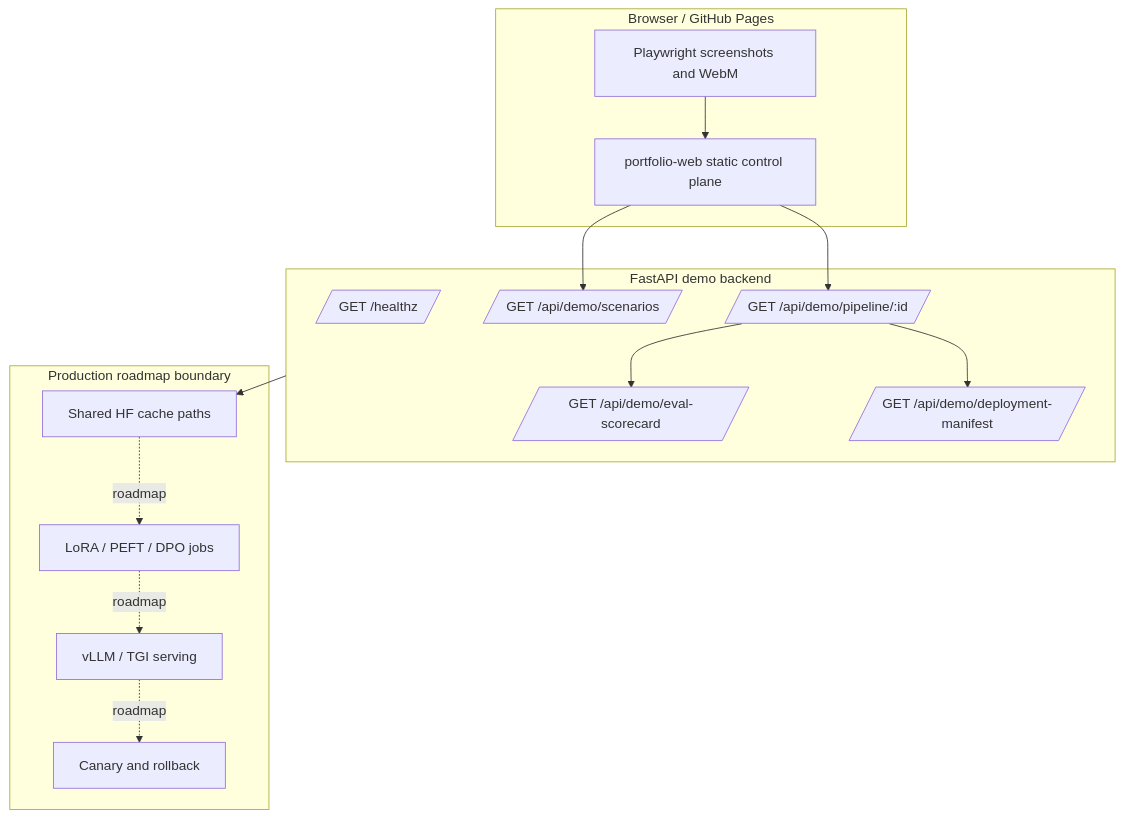
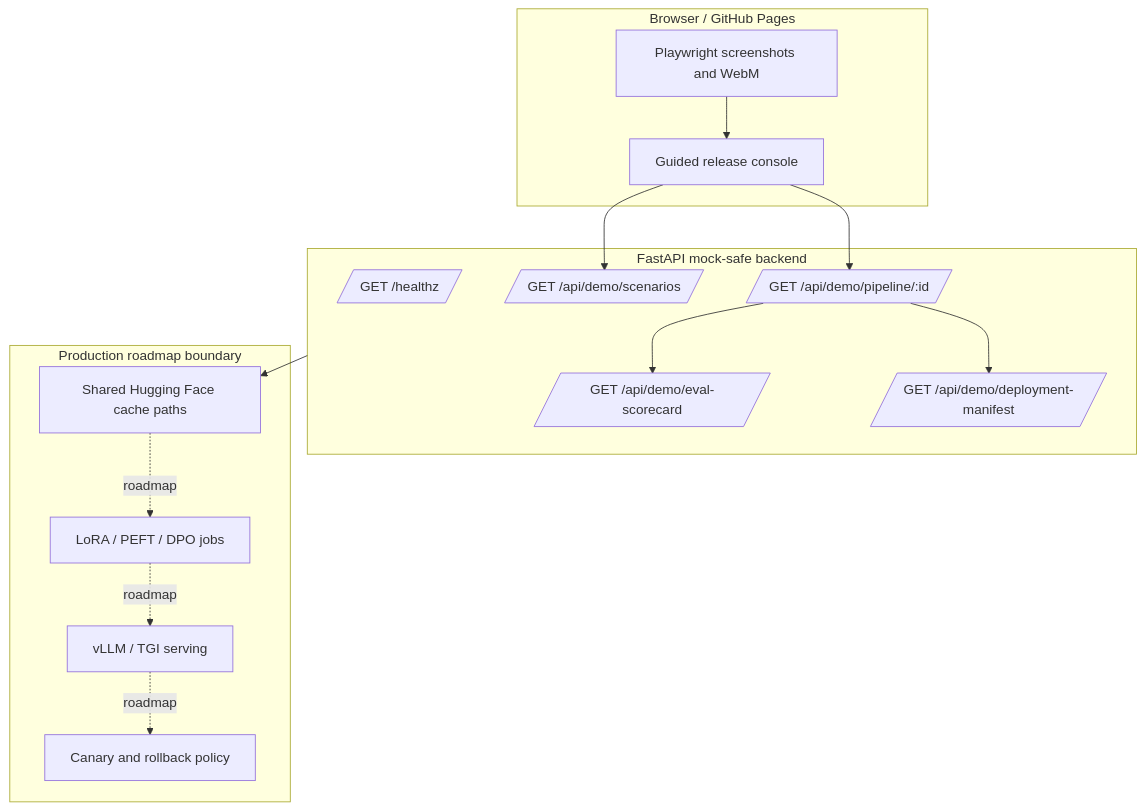
The second of 6 diagrams in README.md (Justin21523/LLM-train-eval-ship), drawn with Mermaid before and after one commit. The commit also changed other lines of this file and 13 other files, not shown here.

Commit message:
Refresh guided release demo

````diff
--- a/README.md
+++ b/README.md
@@ -48,32 +49,32 @@
 ```mermaid
 flowchart TB
   subgraph Browser[Browser / GitHub Pages]
-    UI[portfolio-web static control plane]
+    UI[Guided release console]
     Capture[Playwright screenshots and WebM]
   end
 
-  subgraph API[FastAPI demo backend]
+  subgraph API[FastAPI mock-safe backend]
     Health[/GET /healthz/]
     Scenarios[/GET /api/demo/scenarios/]
     Pipeline[/GET /api/demo/pipeline/:id/]
     Eval[/GET /api/demo/eval-scorecard/]
     Deploy[/GET /api/demo/deployment-manifest/]
   end
 
-  subgraph ModelOps[Production roadmap boundary]
-    Cache[Shared HF cache paths]
+  subgraph Ops[Production roadmap boundary]
+    Cache[Shared Hugging Face cache paths]
     Train[LoRA / PEFT / DPO jobs]
     Serve[vLLM / TGI serving]
-    Rollback[Canary and rollback]
+    Rollback[Canary and rollback policy]
   end
 
   UI --> Scenarios
   UI --> Pipeline
   Pipeline --> Eval
   Pipeline --> Deploy
   API --> Cache
   Cache -. roadmap .-> Train
   Train -. roadmap .-> Serve
   Serve -. roadmap .-> Rollback
   Capture --> UI
 ```
````
